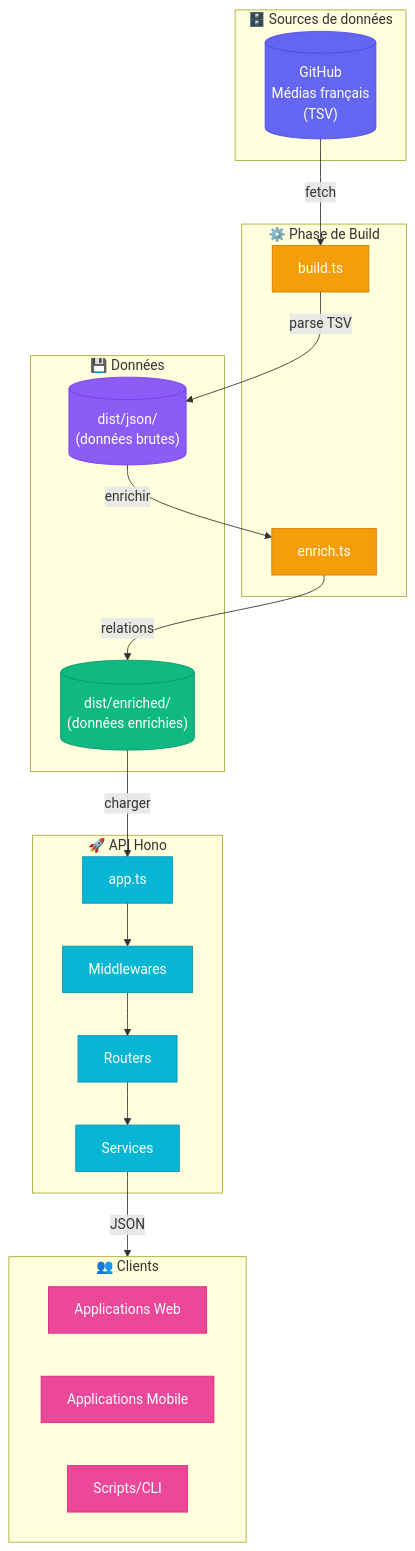
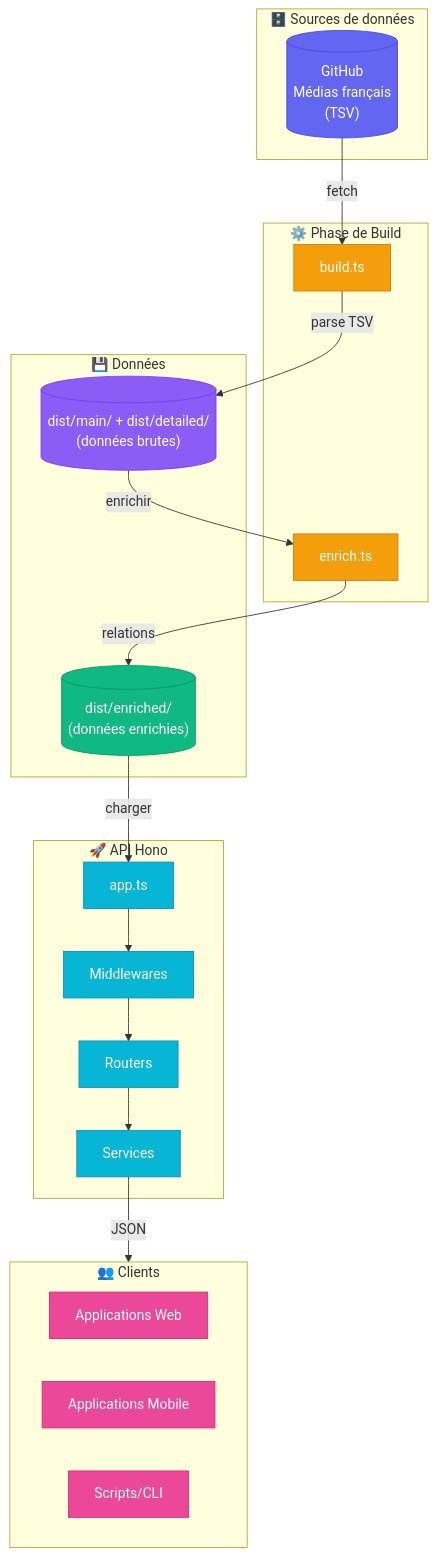
Before and after one commit to cedric-famibelle-pronzola/medias-francais-api: the first of 14 diagrams in docs/diagrams.md, drawn with Mermaid. The commit also changed other lines of this file, not shown here.

Commit message:
docs: improve & fix diagrams

````diff
--- a/docs/diagrams.md
+++ b/docs/diagrams.md
@@ -30,52 +30,52 @@
 ```mermaid
 flowchart TB
     subgraph Sources["🗄️ Sources de données"]
         GH[("GitHub<br/>Médias français<br/>(TSV)")]
     end
 
     subgraph Build["⚙️ Phase de Build"]
         B1[build.ts]
         B2[enrich.ts]
     end
 
     subgraph Data["💾 Données"]
-        JSON1[("dist/json/<br/>(données brutes)")]
+        JSON1[("dist/main/ + dist/detailed/<br/>(données brutes)")]
         JSON2[("dist/enriched/<br/>(données enrichies)")]
     end
 
     subgraph API["🚀 API Hono"]
         APP[app.ts]
         MW[Middlewares]
         RT[Routers]
         SV[Services]
     end
 
     subgraph Clients["👥 Clients"]
         WEB[Applications Web]
         MOB[Applications Mobile]
         CLI[Scripts/CLI]
     end
 
     GH -->|fetch| B1
     B1 -->|parse TSV| JSON1
     JSON1 -->|enrichir| B2
     B2 -->|relations| JSON2
     JSON2 -->|charger| APP
     APP --> MW
     MW --> RT
     RT --> SV
     SV -->|JSON| Clients
 
     style GH fill:#6366f1,stroke:#4f46e5,color:#fff
     style B1 fill:#f59e0b,stroke:#d97706,color:#fff
     style B2 fill:#f59e0b,stroke:#d97706,color:#fff
     style JSON1 fill:#8b5cf6,stroke:#7c3aed,color:#fff
     style JSON2 fill:#10b981,stroke:#059669,color:#fff
     style APP fill:#06b6d4,stroke:#0891b2,color:#fff
     style MW fill:#06b6d4,stroke:#0891b2,color:#fff
     style RT fill:#06b6d4,stroke:#0891b2,color:#fff
     style SV fill:#06b6d4,stroke:#0891b2,color:#fff
     style WEB fill:#ec4899,stroke:#db2777,color:#fff
     style MOB fill:#ec4899,stroke:#db2777,color:#fff
     style CLI fill:#ec4899,stroke:#db2777,color:#fff
 ```
````
